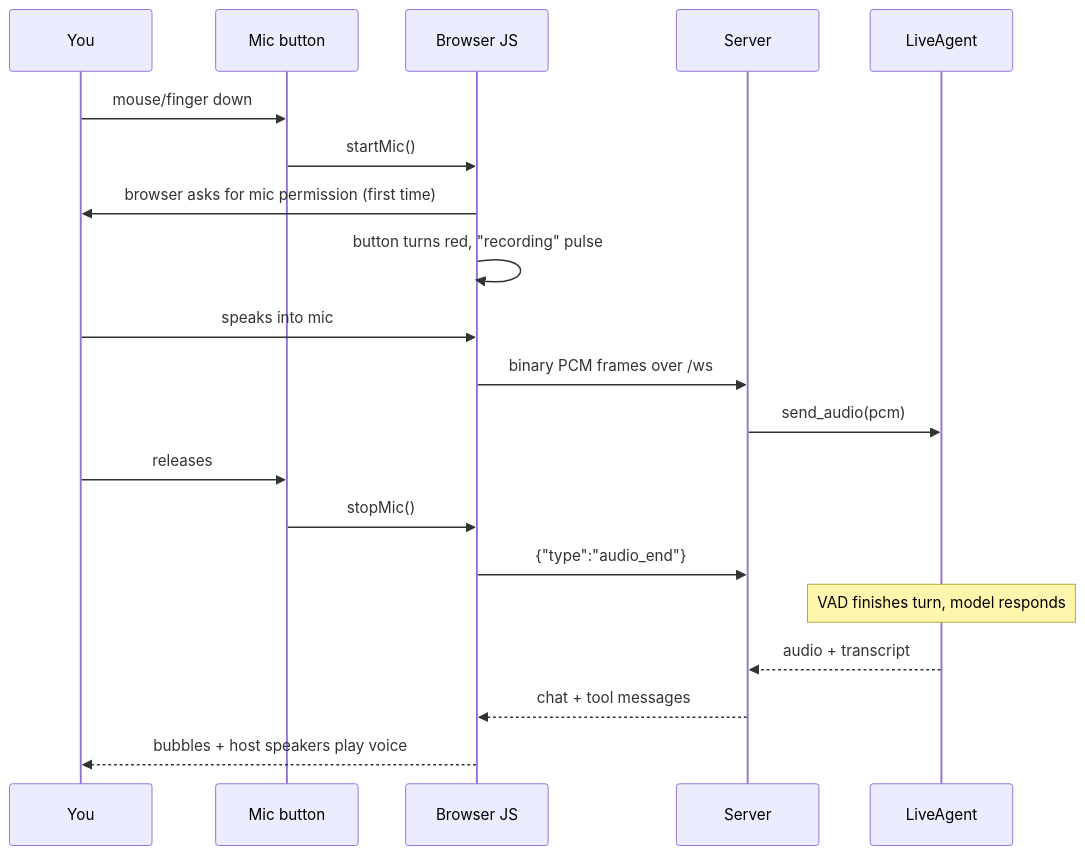
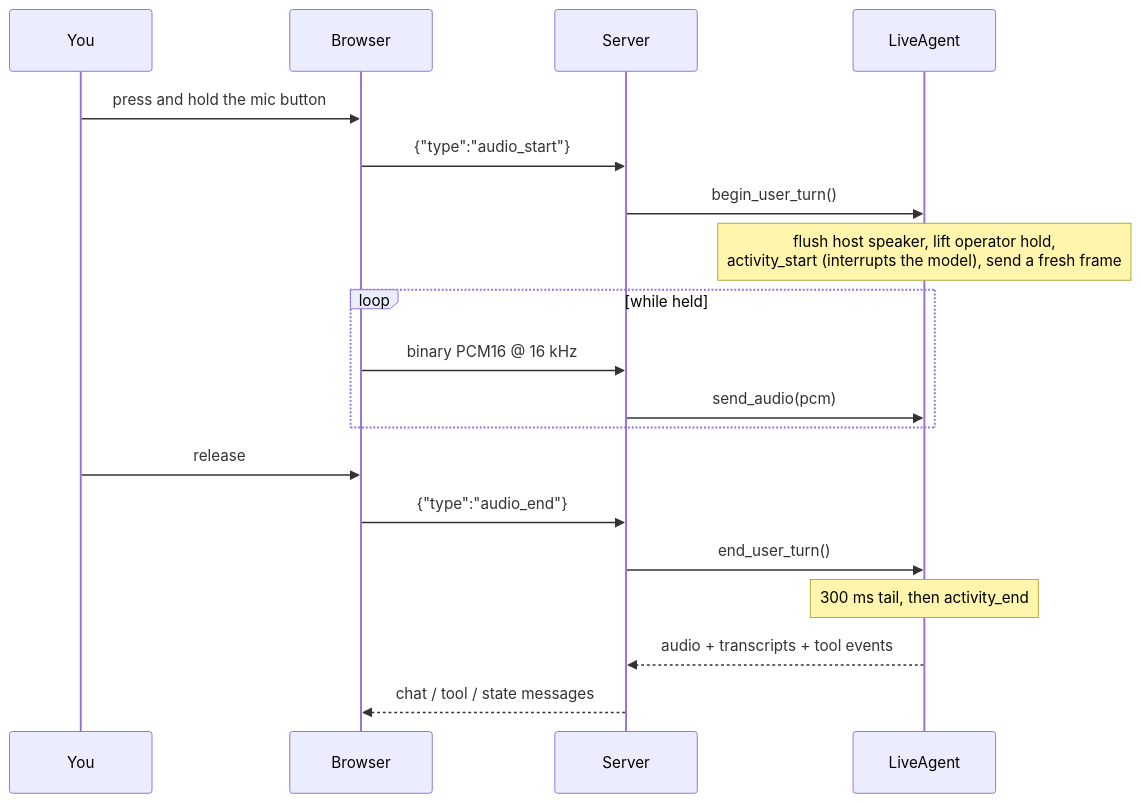
One commit to AyushRajgor/Tello-autonomous changed the fifth of 5 diagrams in docs/user-flows.md. Above: the diagram before and after it, drawn with Mermaid. The commit also changed other lines of this file and 50 other files, not shown here.

````diff
--- a/docs/user-flows.md
+++ b/docs/user-flows.md
@@ -194,22 +235,21 @@
 ```mermaid
 sequenceDiagram
     participant You
-    participant Btn as Mic button
-    participant JS as Browser JS
+    participant JS as Browser
     participant Srv as Server
     participant LA as LiveAgent
-    You->>Btn: mouse/finger down
-    Btn->>JS: startMic()
-    JS->>You: browser asks for mic permission (first time)
-    JS->>JS: button turns red, "recording" pulse
-    You->>JS: speaks into mic
-    JS->>Srv: binary PCM frames over /ws
-    Srv->>LA: send_audio(pcm)
-    You->>Btn: releases
-    Btn->>JS: stopMic()
+    You->>JS: press and hold the mic button
+    JS->>Srv: {"type":"audio_start"}
+    Srv->>LA: begin_user_turn()
+    Note over LA: flush host speaker, lift operator hold,<br/>activity_start (interrupts the model), send a fresh frame
+    loop while held
+        JS->>Srv: binary PCM16 @ 16 kHz
+        Srv->>LA: send_audio(pcm)
+    end
+    You->>JS: release
     JS->>Srv: {"type":"audio_end"}
-    Note over LA: VAD finishes turn, model responds
-    LA-->>Srv: audio + transcript
-    Srv-->>JS: chat + tool messages
-    JS-->>You: bubbles + host speakers play voice
+    Srv->>LA: end_user_turn()
+    Note over LA: 300 ms tail, then activity_end
+    LA-->>Srv: audio + transcripts + tool events
+    Srv-->>JS: chat / tool / state messages
 ```
````
